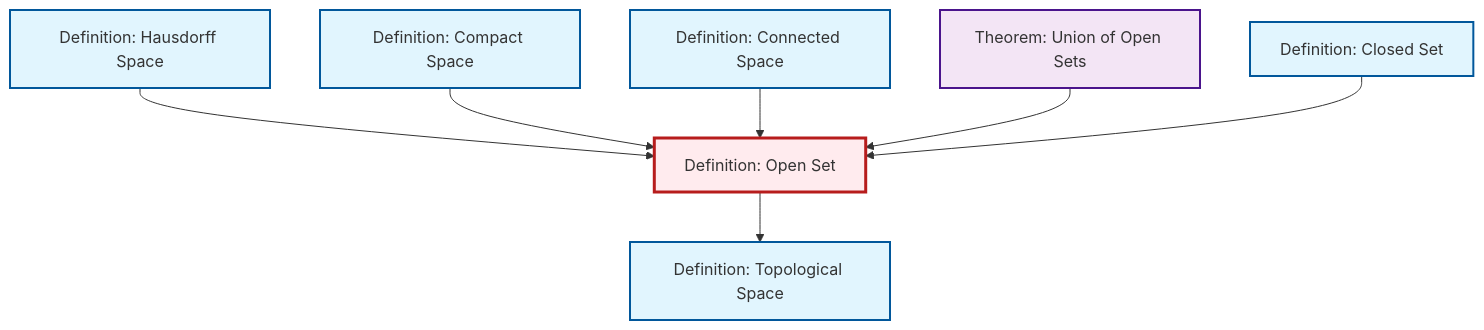
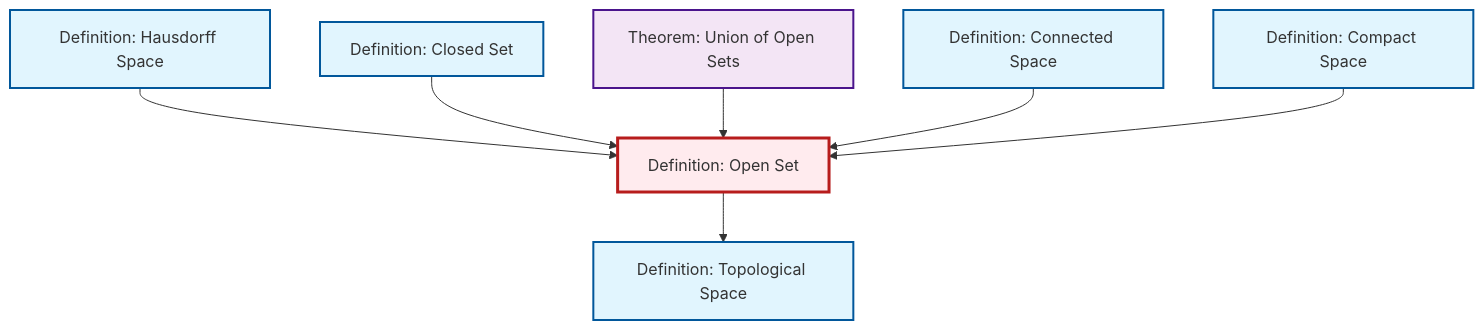
One commit to RK0429/ModernMath changed the diagram in content/ja/topology/def-open-set.qmd. Above: the diagram before and after it, drawn with Mermaid. The commit also changed other lines of this file and 530 other files, not shown here.

````diff
--- a/content/ja/topology/def-open-set.qmd
+++ b/content/ja/topology/def-open-set.qmd
@@ -54,29 +54,29 @@
 ```{mermaid}
 %%| fig-cap: "Local dependency graph"
 graph TD
     classDef definition fill:#e1f5fe,stroke:#01579b,stroke-width:2px
     classDef theorem fill:#f3e5f5,stroke:#4a148c,stroke-width:2px
     classDef axiom fill:#fff3e0,stroke:#e65100,stroke-width:2px
     classDef example fill:#e8f5e9,stroke:#1b5e20,stroke-width:2px
     classDef current fill:#ffebee,stroke:#b71c1c,stroke-width:3px
+    def-hausdorff["Definition: Hausdorff Space"]:::definition
+    def-compact["Definition: Compact Space"]:::definition
+    def-topological-space["Definition: Topological Space"]:::definition
     def-open-set["Definition: Open Set"]:::definition
-    def-compact["Definition: Compact Space"]:::definition
     thm-union-open-sets["Theorem: Union of Open Sets"]:::theorem
-    def-hausdorff["Definition: Hausdorff Space"]:::definition
     def-closed-set["Definition: Closed Set"]:::definition
     def-connected["Definition: Connected Space"]:::definition
-    def-topological-space["Definition: Topological Space"]:::definition
     def-hausdorff --> def-open-set
+    def-open-set --> def-topological-space
+    def-closed-set --> def-open-set
+    thm-union-open-sets --> def-open-set
+    def-connected --> def-open-set
     def-compact --> def-open-set
-    def-connected --> def-open-set
-    thm-union-open-sets --> def-open-set
-    def-closed-set --> def-open-set
-    def-open-set --> def-topological-space
     class def-open-set current
+    click def-hausdorff "def-hausdorff.html" "Definition: Hausdorff Spaceへ"
     click def-compact "def-compact.html" "Definition: Compact Spaceへ"
+    click def-topological-space "def-topological-space.html" "Definition: Topological Spaceへ"
     click thm-union-open-sets "thm-union-open-sets.html" "Theorem: Union of Open Setsへ"
-    click def-hausdorff "def-hausdorff.html" "Definition: Hausdorff Spaceへ"
     click def-closed-set "def-closed-set.html" "Definition: Closed Setへ"
     click def-connected "def-connected.html" "Definition: Connected Spaceへ"
-    click def-topological-space "def-topological-space.html" "Definition: Topological Spaceへ"
 ```
````
